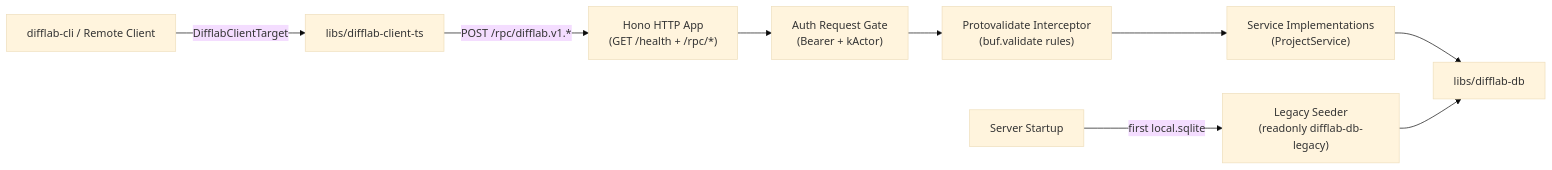
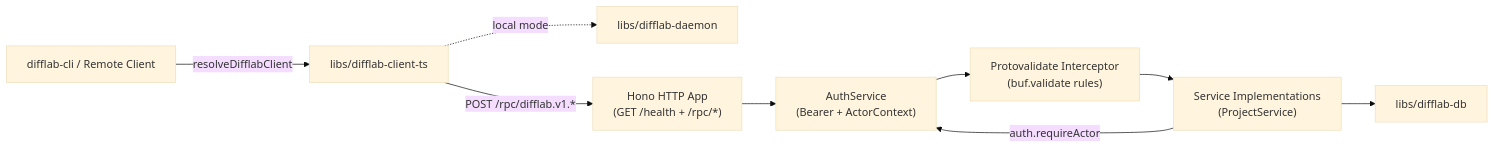
Before and after one commit to difflab-io/difflab: the first of 2 diagrams in docs/architecture/difflab-api/index.md, drawn with Mermaid (base theme). The commit also changed other lines of this file and 88 other files, not shown here.

````diff
--- a/docs/architecture/difflab-api/index.md
+++ b/docs/architecture/difflab-api/index.md
@@ -28,11 +28,11 @@
 ```mermaid
 flowchart LR
-  Caller["difflab-cli / Remote Client"] -->|"DifflabClientTarget"| SDK["libs/difflab-client-ts"]
+  Caller["difflab-cli / Remote Client"] -->|"resolveDifflabClient"| SDK["libs/difflab-client-ts"]
+  SDK -.->|"local mode"| Daemon["libs/difflab-daemon"]
   SDK -->|"POST /rpc/difflab.v1.*"| Hono["Hono HTTP App<br/>(GET /health + /rpc/*)"]
-  Hono --> Gate["Auth Request Gate<br/>(Bearer + kActor)"]
-  Gate --> Validate["Protovalidate Interceptor<br/>(buf.validate rules)"]
+  Hono --> Auth["AuthService<br/>(Bearer + ActorContext)"]
+  Auth --> Validate["Protovalidate Interceptor<br/>(buf.validate rules)"]
   Validate --> Handlers["Service Implementations<br/>(ProjectService)"]
+  Handlers -->|"auth.requireActor"| Auth
   Handlers --> DB["libs/difflab-db"]
-  Boot["Server Startup"] -->|"first local.sqlite"| Seed["Legacy Seeder<br/>(readonly difflab-db-legacy)"]
-  Seed --> DB
 ```
````
